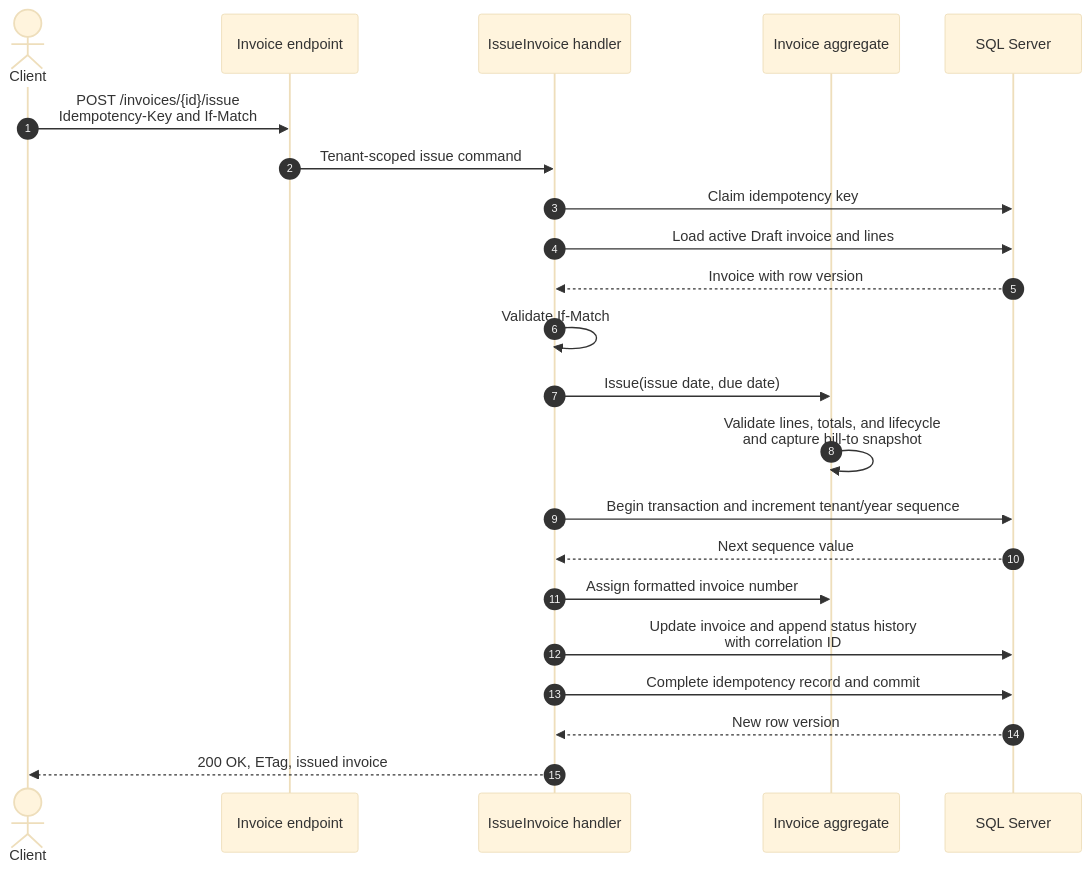
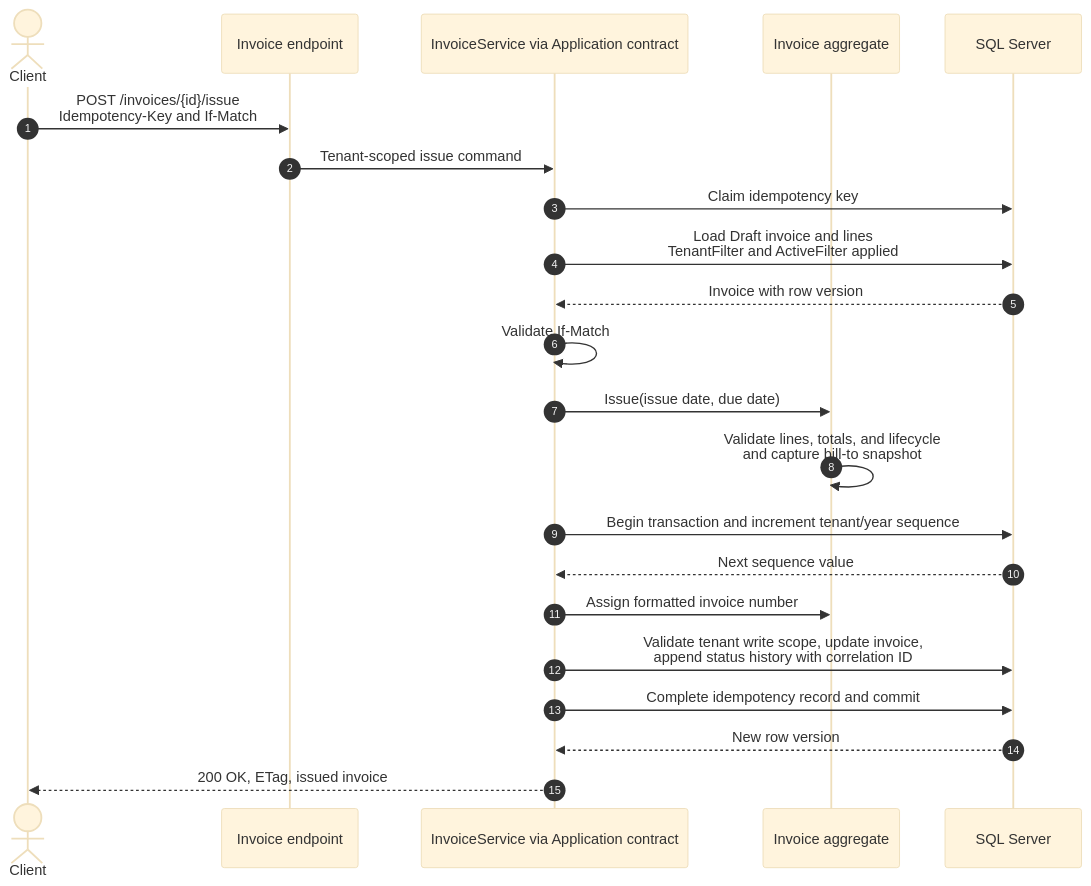
One commit to dhruvsheth37/invoice-management changed the diagram in docs/diagrams/issue-invoice-sequence.md. Above: the diagram before and after it, drawn with Mermaid (base theme). The commit also changed 39 other files, not shown here.

````diff
--- a/docs/diagrams/issue-invoice-sequence.md
+++ b/docs/diagrams/issue-invoice-sequence.md
@@ -3,25 +3,25 @@
 ```mermaid
 sequenceDiagram
     autonumber
     actor Client
     participant API as Invoice endpoint
-    participant App as IssueInvoice handler
+    participant App as InvoiceService via Application contract
     participant Domain as Invoice aggregate
     participant DB as SQL Server
 
     Client->>API: POST /invoices/{id}/issue<br/>Idempotency-Key and If-Match
     API->>App: Tenant-scoped issue command
     App->>DB: Claim idempotency key
-    App->>DB: Load active Draft invoice and lines
+    App->>DB: Load Draft invoice and lines<br/>TenantFilter and ActiveFilter applied
     DB-->>App: Invoice with row version
     App->>App: Validate If-Match
     App->>Domain: Issue(issue date, due date)
     Domain->>Domain: Validate lines, totals, and lifecycle<br/>and capture bill-to snapshot
     App->>DB: Begin transaction and increment tenant/year sequence
     DB-->>App: Next sequence value
     App->>Domain: Assign formatted invoice number
-    App->>DB: Update invoice and append status history<br/>with correlation ID
+    App->>DB: Validate tenant write scope, update invoice,<br/>append status history with correlation ID
     App->>DB: Complete idempotency record and commit
     DB-->>App: New row version
     App-->>Client: 200 OK, ETag, issued invoice
 ```
````
